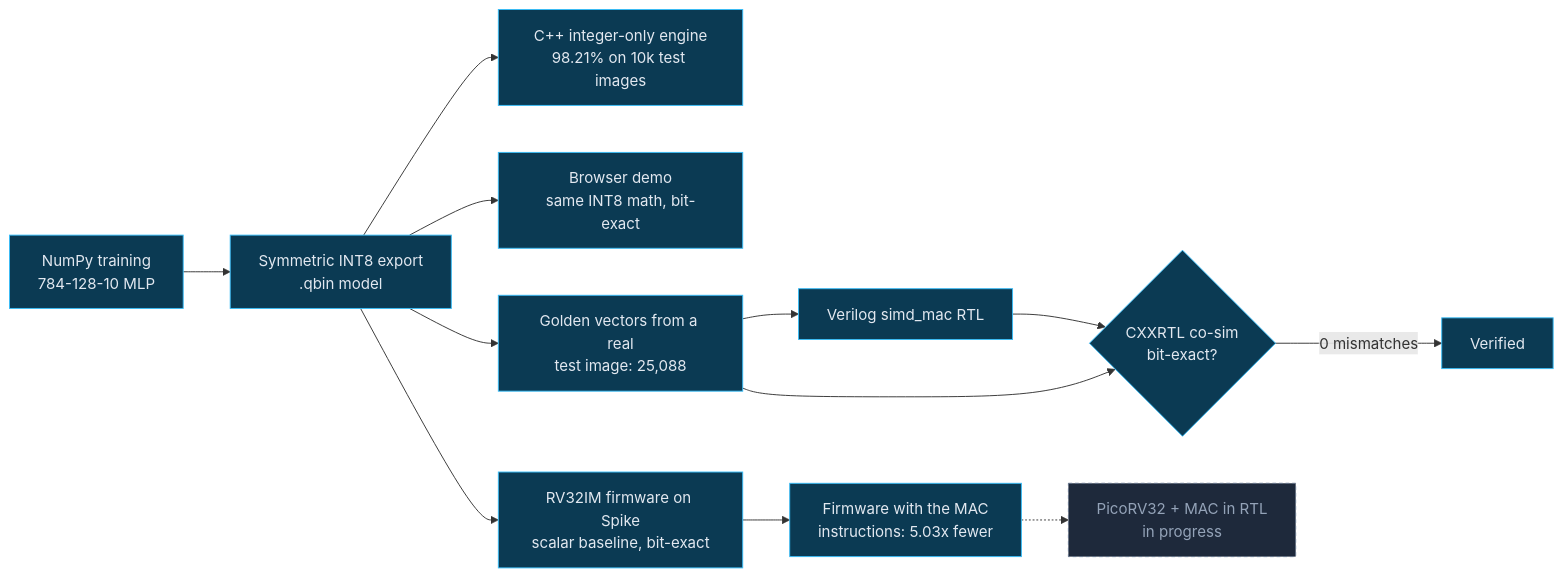
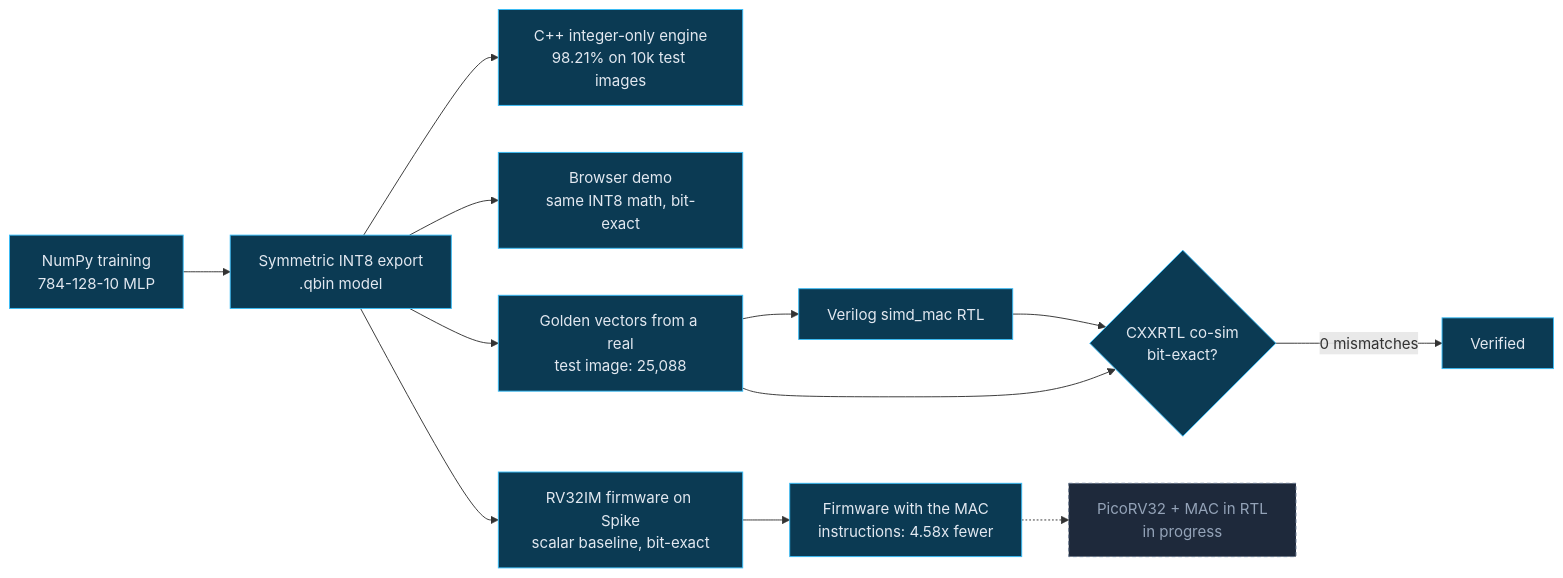
Before and after one commit to sajedulislam5840/riscv-edge-ai: the first of 5 diagrams in README.md, drawn with Mermaid. The commit also changed other lines of this file, not shown here.

````diff
--- a/README.md
+++ b/README.md
@@ -47,19 +47,19 @@
 ```mermaid
 flowchart LR
     A["NumPy training<br/>784-128-10 MLP"] --> B["Symmetric INT8 export<br/>.qbin model"]
     B --> C["C++ integer-only engine<br/>98.21% on 10k test images"]
     B --> F["Browser demo<br/>same INT8 math, bit-exact"]
     B --> D["Golden vectors from a real<br/>test image: 25,088"]
     D --> E["Verilog simd_mac RTL"]
     E --> G{"CXXRTL co-sim<br/>bit-exact?"}
     D --> G
     G -->|"0 mismatches"| H["Verified"]
     B --> I["RV32IM firmware on Spike<br/>scalar baseline, bit-exact"]
-    I --> J2["Firmware with the MAC<br/>instructions: 5.03x fewer"]
+    I --> J2["Firmware with the MAC<br/>instructions: 4.58x fewer"]
     J2 -.-> J["PicoRV32 + MAC in RTL<br/>in progress"]
 
     classDef done fill:#0b3a53,stroke:#38bdf8,color:#e2e8f0
     classDef todo fill:#1e293b,stroke:#64748b,color:#94a3b8,stroke-dasharray:4 3
     class A,B,C,D,E,F,G,H,I,J2 done
     class J todo
 ```
````
